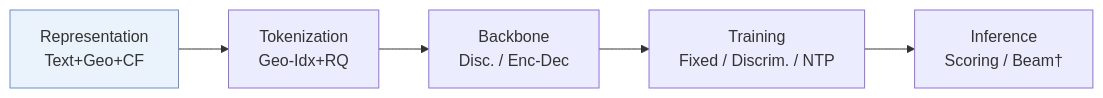
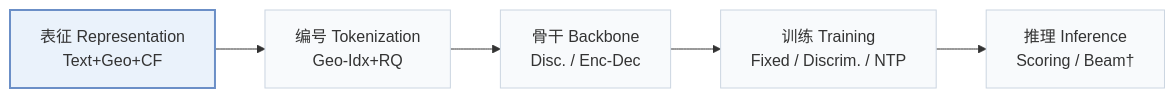
Before and after one commit to Galaxy-ghost/Awesome-SID-Generative-Rec: the first of 3 diagrams in pages/zh/papers/lgsid.md, drawn with Mermaid. The commit also changed other lines of this file and 649 other files, not shown here.

Commit message:
writer-05: also tags and modality index (schema, check, build, visuals); summary field removed; calibration data for 12 papers

````diff
--- a/pages/zh/papers/lgsid.md
+++ b/pages/zh/papers/lgsid.md
@@ -13,6 +15,8 @@
 ```mermaid
 flowchart LR
-    R["Representation<br/>Text+Geo+CF"] --> T["Tokenization<br/>Geo-Idx+RQ"] --> B["Backbone<br/>Disc. / Enc-Dec"] --> TR["Training<br/>Fixed / Discrim. / NTP"] --> I["Inference<br/>Scoring / Beam†"]
-    classDef main fill:#eaf2fb,stroke:#6b8fc7
+    R["表征 Representation<br/>Text+Geo+CF"] --> T["编号 Tokenization<br/>Geo-Idx+RQ"] --> B["骨干 Backbone<br/>Disc. / Enc-Dec"] --> TR["训练 Training<br/>Fixed / Discrim. / NTP"] --> I["推理 Inference<br/>Scoring / Beam†"]
+    classDef base fill:#f8fafc,stroke:#cbd5e1
+    class R,T,B,TR,I base
+    classDef main fill:#eaf2fb,stroke:#6b8fc7,stroke-width:2px
     class R main
 ```
````
